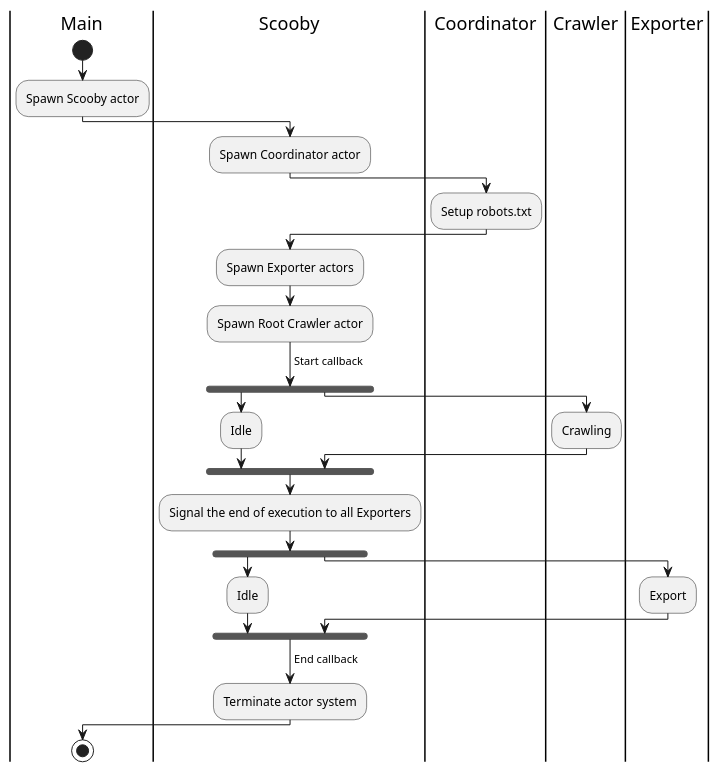
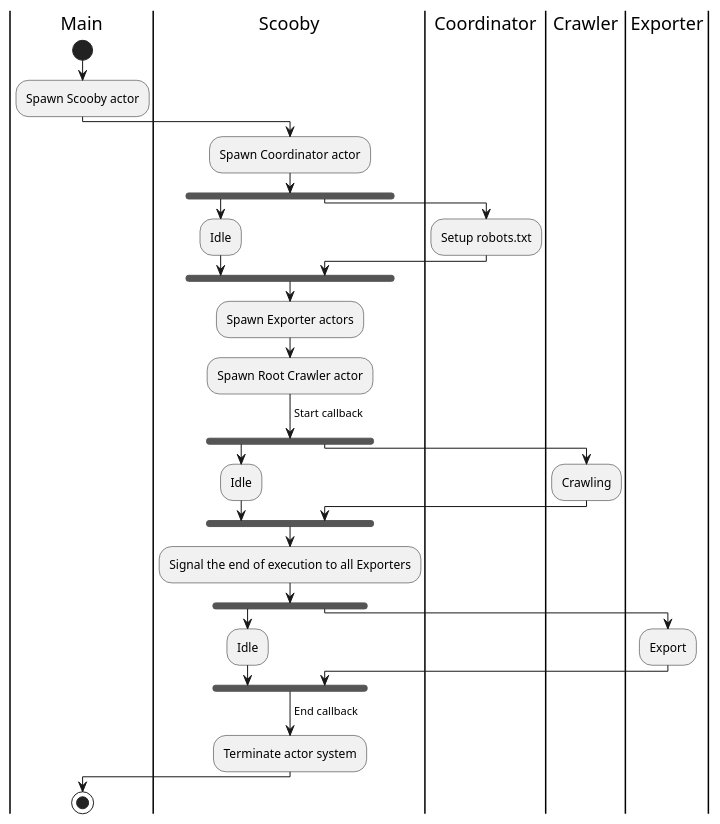
The first of 2 diagrams in Writerside/topics/Scooby-application-lifecycle.md (PPS-22-Scooby/pps-22-scooby.github.io), drawn with PlantUML before and after one commit.

Commit message:
Fixed Application Lifecycle diagram: added concurrency to Coordinator Setup robots.txt

````diff
--- a/Writerside/topics/Scooby-application-lifecycle.md
+++ b/Writerside/topics/Scooby-application-lifecycle.md
@@ -8,37 +8,42 @@
 ```plantuml
 @startuml
 |Main|
 start
 :Spawn Scooby actor;
 |Scooby|
 :Spawn Coordinator actor;
-|Coordinator|
-:Setup robots.txt;
-|Scooby|
+fork
+    |Scooby|
+    :Idle;
+fork again
+    |Coordinator|
+    :Setup robots.txt;
+    |Scooby|
+end fork
 :Spawn Exporter actors;
 :Spawn Root Crawler actor;
 -> Start callback;
 fork
     |Scooby|
     :Idle;
 fork again
     |Crawler|
     :Crawling; 
     |Scooby|
 end fork
 :Signal the end of execution to all Exporters;
 fork
     |Scooby|
     :Idle;
 fork again
     |Exporter|
     :Export; 
     |Scooby|
 end fork
 |Scooby|
 -> End callback;
 :Terminate actor system;
 |Main|
 stop
 @enduml
 ```
````
